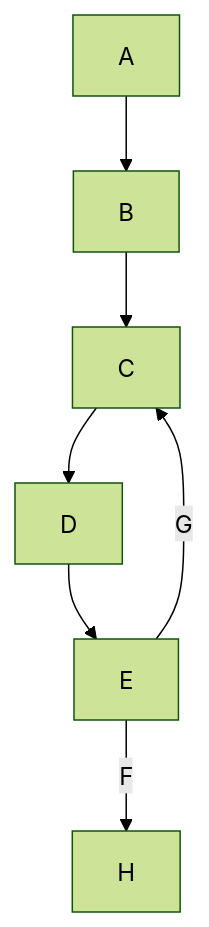
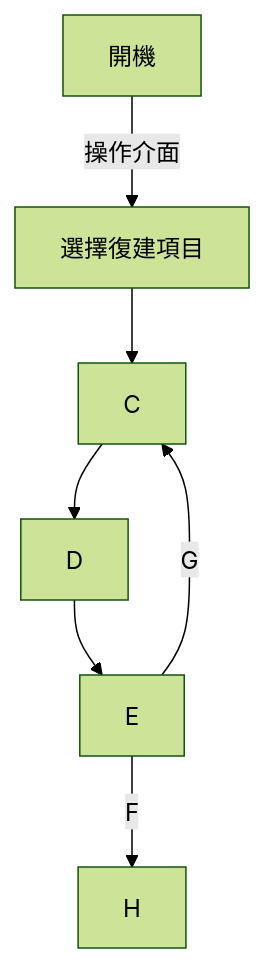
One commit to jamie-commander/Python_MediaPipe_Tk changed the diagram in README.md. Above: the diagram before and after it, drawn with Mermaid (forest theme). The commit also changed other lines of this file, not shown here.

````diff
--- a/README.md
+++ b/README.md
@@ -4,9 +4,9 @@
 ```mermaid
         graph TD
-        Big_Data_Catch[A] --> Calc[B]
+        Big_Data_Catch[開機] -- 操作介面 --> Calc[選擇復建項目]
         Calc --> Analysis[C]
         Analysis --> feature[D]
         feature --> backtrader[E]
         backtrader -- F --> result[H]
         backtrader -- G --> Analysis
 ```
````
